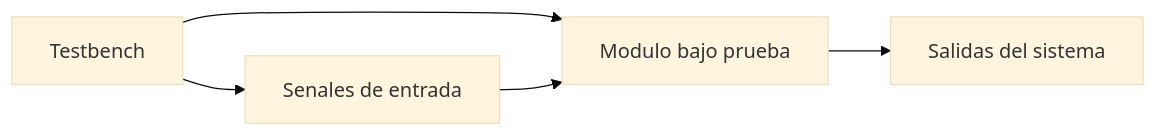
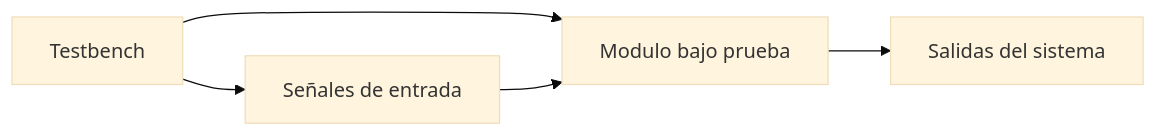
The ninth of 13 diagrams in Laboratorio_01/Ejercicio 4/docs/notes.md (walle-au/Taller-Diseno-Digital), drawn with Mermaid (base theme) before and after one commit. The commit also changed other lines of this file, not shown here.

````diff
--- a/Laboratorio_01/Ejercicio 4/docs/notes.md
+++ b/Laboratorio_01/Ejercicio 4/docs/notes.md
@@ -535,7 +535,7 @@
 ```mermaid
 flowchart LR
 TB[Testbench] --> DUT[Modulo bajo prueba]
 DUT --> OUT[Salidas del sistema]
-TB --> IN[Senales de entrada]
+TB --> IN[Señales de entrada]
 IN --> DUT
 ```
````
